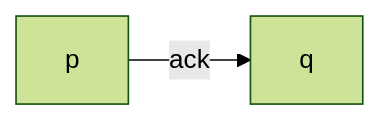
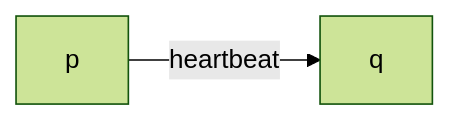
One commit to pluto0x0/pluto0x0.github.io changed the second of 2 diagrams in _posts/2024-01-23-distributed-systems-1-2.md. Above: the diagram before and after it, drawn with Mermaid (forest theme).

````diff
--- a/_posts/2024-01-23-distributed-systems-1-2.md
+++ b/_posts/2024-01-23-distributed-systems-1-2.md
@@ -64,4 +64,4 @@
 ```mermaid
 flowchart LR
-    p -->|ack| q
+    p -->|heartbeat| q
 ```
````
